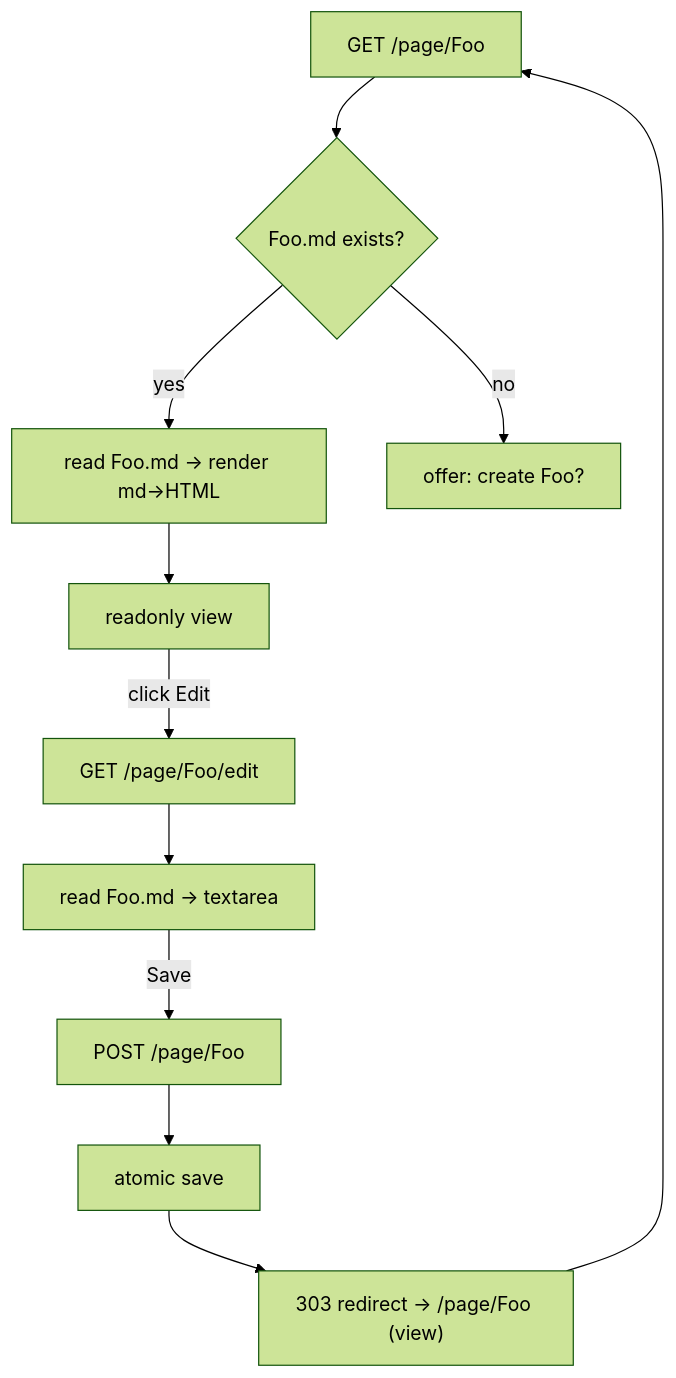
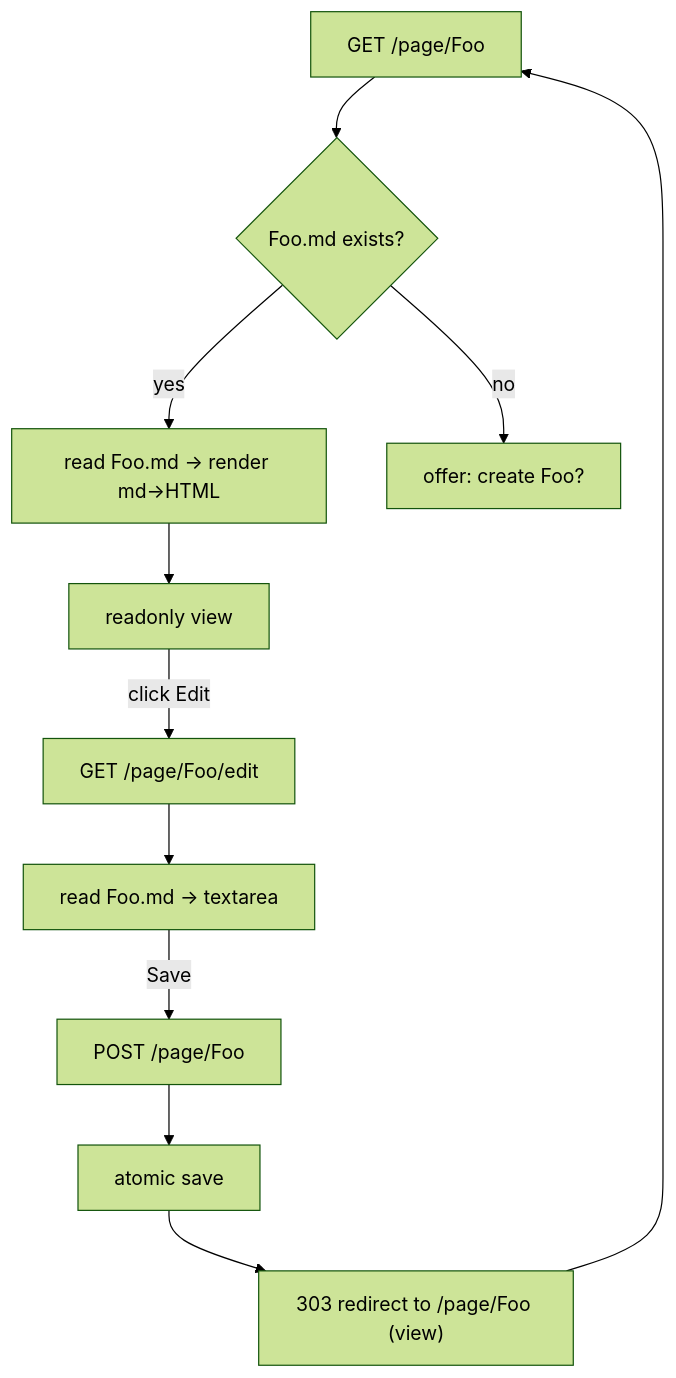
The second of 7 diagrams in docs/dataflow.md (azusachino/sedum), drawn with Mermaid (forest theme) before and after one commit. The commit also changed other lines of this file and 2 other files, not shown here.

Commit message:
docs: fix mermaid sequence diagram parse errors and unicode arrows

````diff
--- a/docs/dataflow.md
+++ b/docs/dataflow.md
@@ -39,13 +39,13 @@
 ```mermaid
 flowchart TD
   V["GET /page/Foo"] --> X{"Foo.md exists?"}
-  X -- yes --> R["read Foo.md → render md→HTML"] --> RO["readonly view"]
+  X -- yes --> R["read Foo.md -> render md->HTML"] --> RO["readonly view"]
   X -- no --> NEW["offer: create Foo?"]
 
   RO -->|"click Edit"| E["GET /page/Foo/edit"]
-  E --> T["read Foo.md → textarea"]
+  E --> T["read Foo.md -> textarea"]
   T -->|"Save"| P["POST /page/Foo"]
   P --> S["atomic save"]
-  S --> RD["303 redirect → /page/Foo (view)"]
+  S --> RD["303 redirect to /page/Foo (view)"]
   RD --> V
 ```
````
